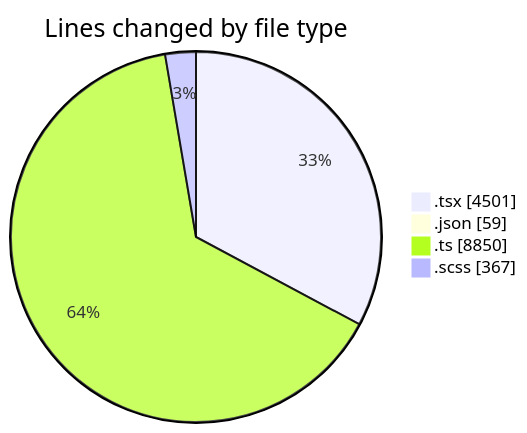
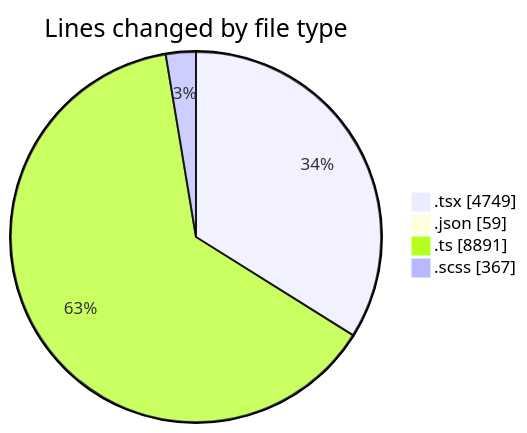
One commit to momahboobian/code-tracking changed the first of 2 diagrams in 2025-11-24/cda/README.md. Above: the diagram before and after it, drawn with Mermaid. The commit also changed other lines of this file and 1 other file, not shown here.

````diff
--- a/2025-11-24/cda/README.md
+++ b/2025-11-24/cda/README.md
@@ -36,8 +37,8 @@
 ```mermaid
 pie showData
 title Lines changed by file type
-".tsx" : 4501
+".tsx" : 4749
 ".json" : 59
-".ts" : 8850
+".ts" : 8891
 ".scss" : 367
 ```
````
